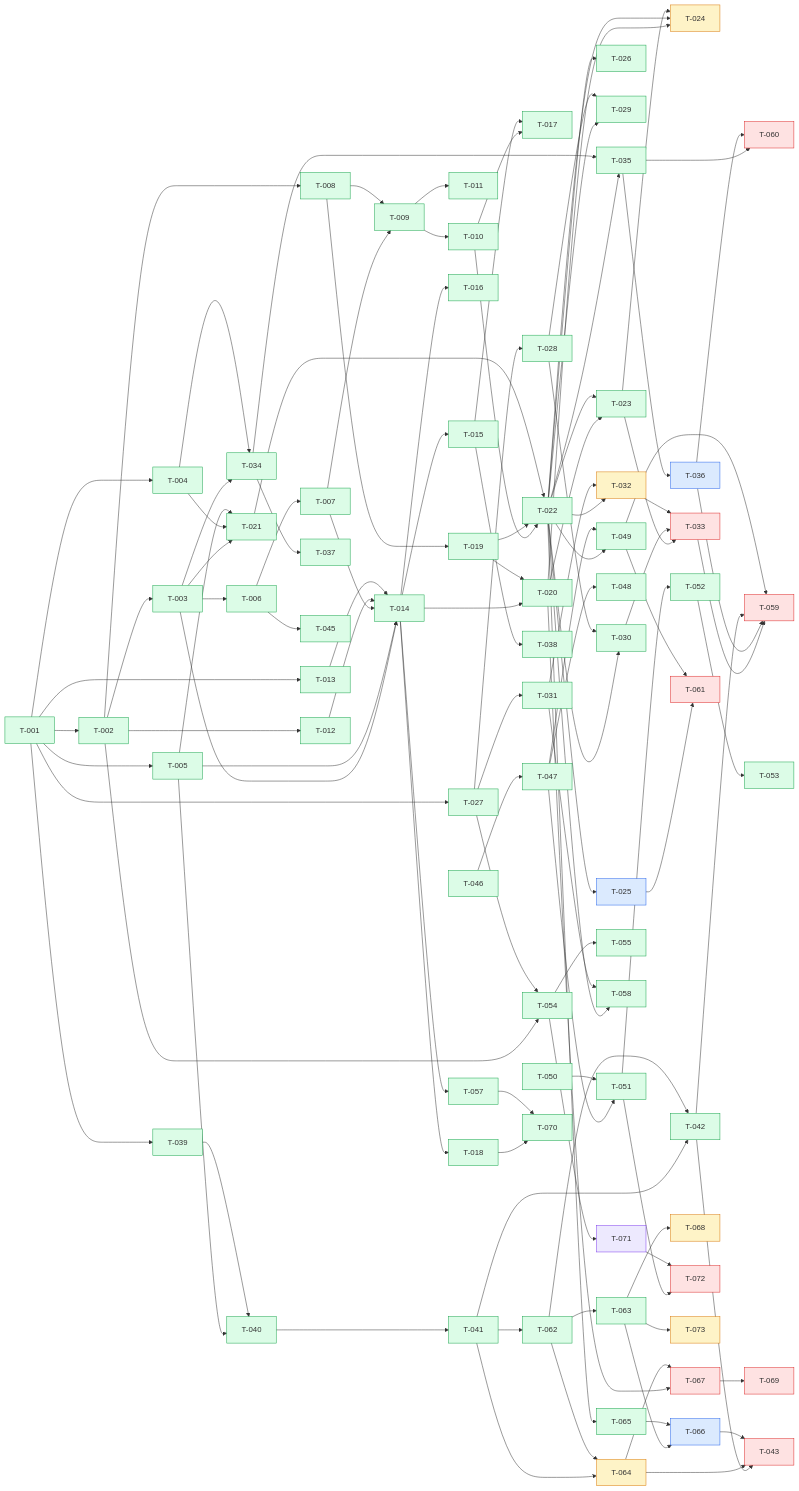
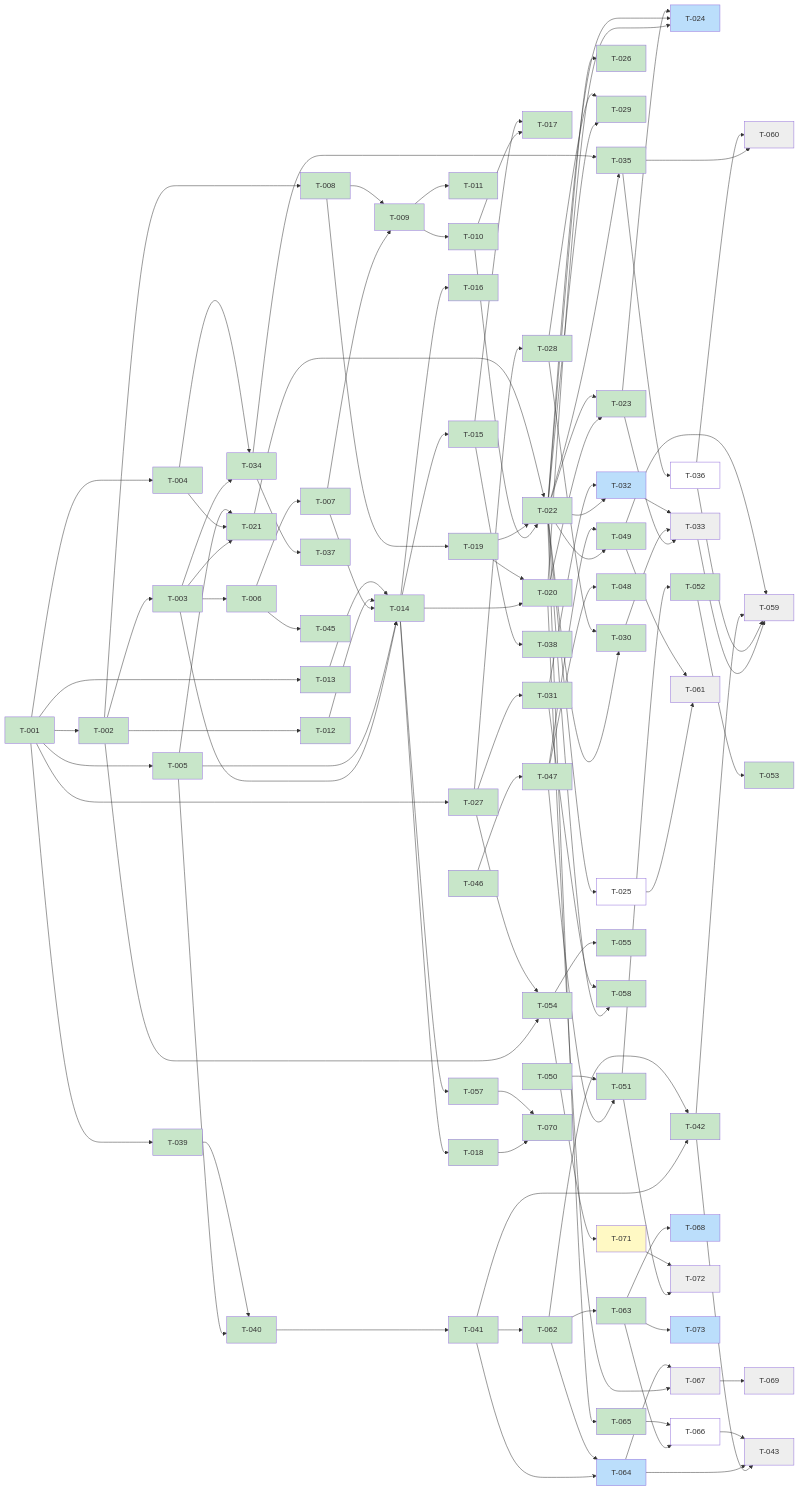
One commit to scholtz/biatec-chat changed the diagram in kanban/BOARD.md. Above: the diagram before and after it, drawn with Mermaid. The commit also changed other lines of this file, not shown here.

Commit message:
kanban: sync board (merged tasks done, unblock dependants)

````diff
--- a/kanban/BOARD.md
+++ b/kanban/BOARD.md
@@ -216,83 +216,14 @@
   T051[T-051] --> T072[T-072]
   T071[T-071] --> T072[T-072]
   T063[T-063] --> T073[T-073]
-  classDef backlog fill:#dbeafe,stroke:#2563eb
-  classDef prog fill:#fef3c7,stroke:#d97706
-  classDef blocked fill:#fee2e2,stroke:#dc2626
-  classDef review fill:#ede9fe,stroke:#7c3aed
-  classDef done fill:#dcfce7,stroke:#16a34a
-  class T001 done
-  class T002 done
-  class T003 done
-  class T004 done
-  class T005 done
-  class T006 done
-  class T007 done
-  class T008 done
-  class T009 done
-  class T010 done
-  class T011 done
-  class T012 done
-  class T013 done
-  class T014 done
-  class T015 done
-  class T016 done
-  class T017 done
-  class T018 done
-  class T019 done
-  class T020 done
-  class T021 done
-  class T022 done
-  class T023 done
-  class T024 prog
-  class T025 backlog
-  class T026 done
-  class T027 done
-  class T028 done
-  class T029 done
-  class T030 done
-  class T031 done
-  class T032 prog
-  class T033 blocked
-  class T034 done
-  class T035 done
-  class T036 backlog
-  class T037 done
-  class T038 done
-  class T039 done
-  class T040 done
-  class T041 done
-  class T042 done
-  class T043 blocked
-  class T044 done
-  class T045 done
-  class T046 done
-  class T047 done
-  class T048 done
-  class T049 done
-  class T050 done
-  class T051 done
-  class T052 done
-  class T053 done
-  class T054 done
-  class T055 done
-  class T056 done
-  class T057 done
-  class T058 done
-  class T059 blocked
-  class T060 blocked
-  class T061 blocked
-  class T062 done
-  class T063 done
-  class T064 prog
-  class T065 done
-  class T066 backlog
-  class T067 blocked
-  class T068 prog
-  class T069 blocked
-  class T070 done
+  classDef done fill:#c8e6c9
+  classDef review fill:#fff9c4
+  classDef inprogress fill:#bbdefb
+  classDef backlog fill:#ffffff
+  classDef blocked fill:#eeeeee
+  class T001,T002,T003,T004,T005,T006,T007,T008,T009,T010,T011,T012,T013,T014,T015,T016,T017,T018,T019,T020,T021,T022,T023,T026,T027,T028,T029,T030,T031,T034,T035,T037,T038,T039,T040,T041,T042,T044,T045,T046,T047,T048,T049,T050,T051,T052,T053,T054,T055,T056,T057,T058,T062,T063,T065,T070 done
   class T071 review
-  class T072 blocked
-  class T073 prog
-
+  class T024,T032,T064,T068,T073 inprogress
+  class T036,T025,T066 backlog
+  class T033,T059,T043,T072,T060,T061,T067,T069 blocked
 ```
````
